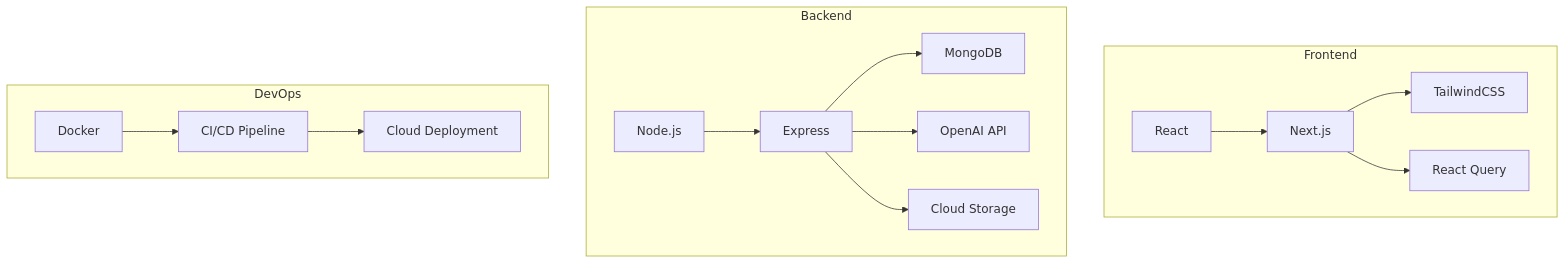
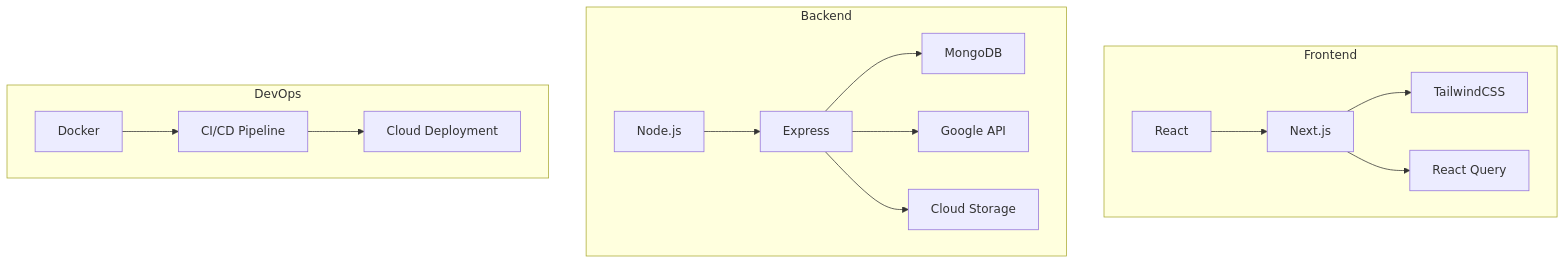
One commit to jaffarkeikei/LecSlide changed the fourth of 5 diagrams in README.md. Above: the diagram before and after it, drawn with Mermaid. The commit also changed other lines of this file, not shown here.

````diff
--- a/README.md
+++ b/README.md
@@ -153,20 +151,20 @@
 ```mermaid
 graph TD
     subgraph Frontend
         A[React] --> B[Next.js]
         B --> C[TailwindCSS]
         B --> D[React Query]
     end
     
     subgraph Backend
         E[Node.js] --> F[Express]
         F --> G[MongoDB]
-        F --> H[OpenAI API]
+        F --> H[Google API]
         F --> I[Cloud Storage]
     end
     
     subgraph DevOps
         J[Docker] --> K[CI/CD Pipeline]
         K --> L[Cloud Deployment]
     end
 ```
````
